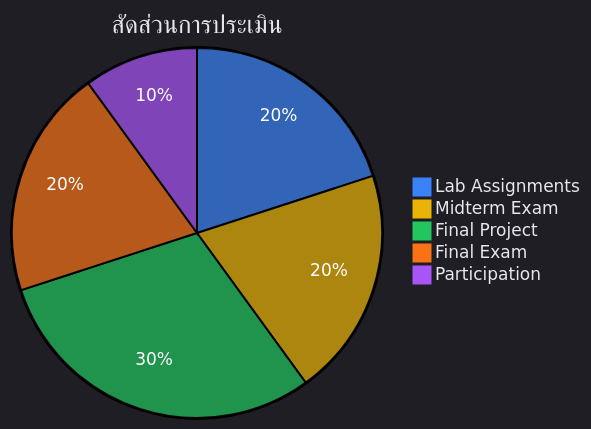
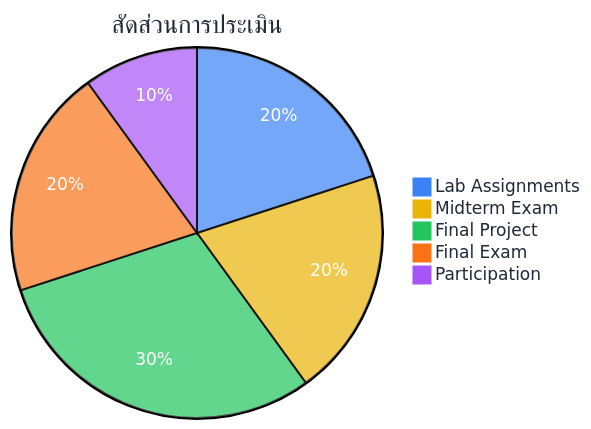
One commit to nutthakorn7/kmutnb-fte-portfolio changed the diagram in teaching-plans/020525010_analysis_design.md. Above: the diagram before and after it, drawn with Mermaid. The commit also changed 5 other files, not shown here.

Commit message:
Fix Mermaid theme: use base theme with dark text (GitHub SVG has white bg)

````diff
--- a/teaching-plans/020525010_analysis_design.md
+++ b/teaching-plans/020525010_analysis_design.md
@@ -62,9 +62,9 @@
 ```mermaid
-%%{init: {'theme': 'dark', 'themeVariables': {'pie1': '#3b82f6', 'pie2': '#eab308', 'pie3': '#22c55e', 'pie4': '#f97316', 'pie5': '#a855f7', 'pieTitleTextColor': '#e5e7eb', 'pieSectionTextColor': '#fff', 'pieLegendTextColor': '#e5e7eb'}}}%%
+%%{init: {'theme': 'base', 'themeVariables': {'pie1': '#3b82f6', 'pie2': '#eab308', 'pie3': '#22c55e', 'pie4': '#f97316', 'pie5': '#a855f7', 'pieTitleTextColor': '#1f2937', 'pieSectionTextColor': '#fff', 'pieLegendTextColor': '#1f2937'}}}%%
 pie title สัดส่วนการประเมิน
     "Lab Assignments" : 20
     "Midterm Exam" : 20
     "Final Project" : 30
     "Final Exam" : 20
     "Participation" : 10
 ```
````
